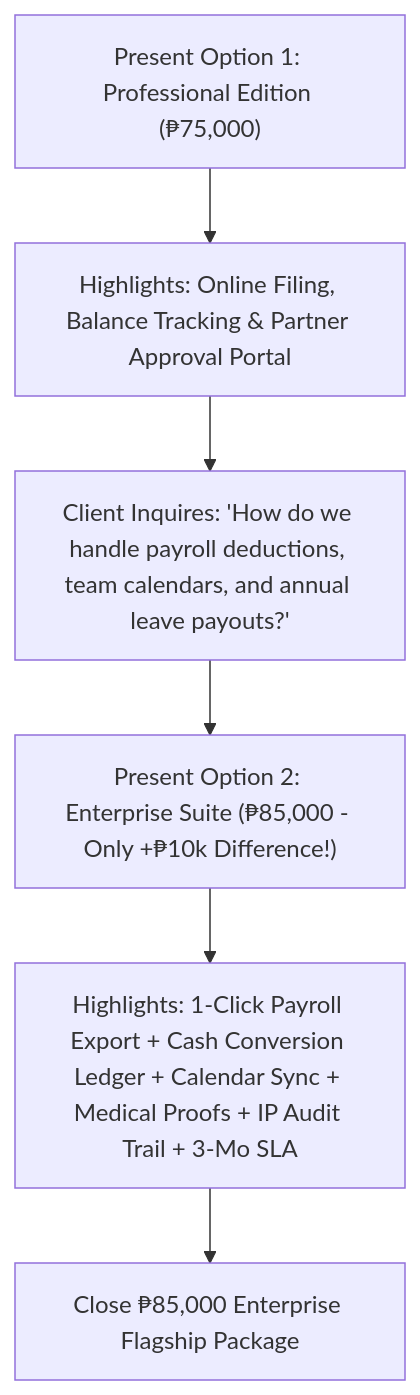
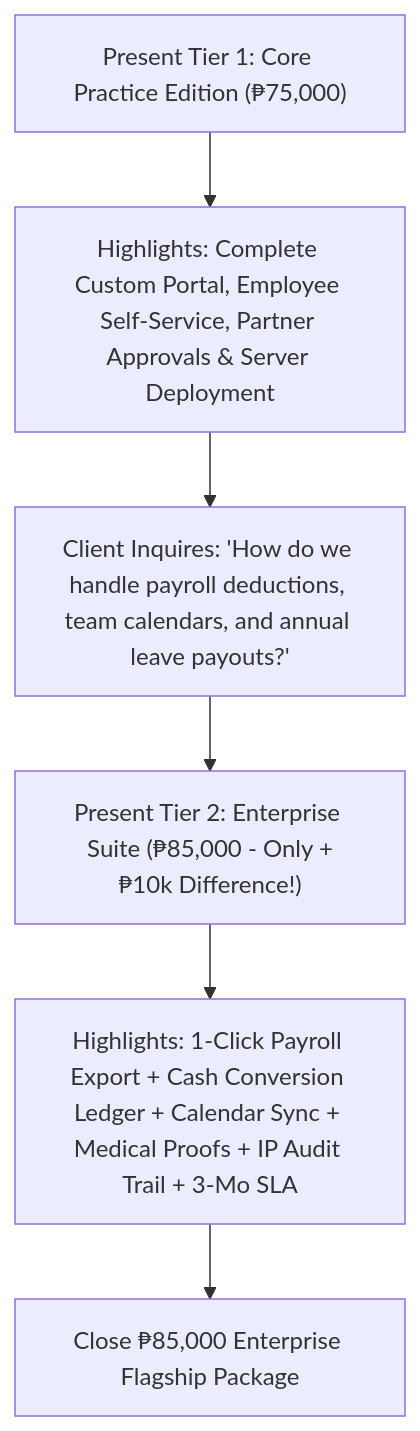
Before and after one commit to ggaaiiaaaaaa/leave-management: the diagram in PROPOSAL_TIERS.md, drawn with Mermaid. The commit also changed other lines of this file and 1 other file, not shown here.

Commit message:
Revise 75k and 85k packages with full custom software development deliverables

````diff
--- a/PROPOSAL_TIERS.md
+++ b/PROPOSAL_TIERS.md
@@ -96,8 +93,8 @@
 ```mermaid
 graph TD
-    A["Present Option 1: Professional Edition (₱75,000)"] --> B["Highlights: Online Filing, Balance Tracking & Partner Approval Portal"]
+    A["Present Tier 1: Core Practice Edition (₱75,000)"] --> B["Highlights: Complete Custom Portal, Employee Self-Service, Partner Approvals & Server Deployment"]
     B --> C["Client Inquires: 'How do we handle payroll deductions, team calendars, and annual leave payouts?'"]
-    C --> D["Present Option 2: Enterprise Suite (₱85,000 - Only +₱10k Difference!)"]
+    C --> D["Present Tier 2: Enterprise Suite (₱85,000 - Only +₱10k Difference!)"]
     D --> E["Highlights: 1-Click Payroll Export + Cash Conversion Ledger + Calendar Sync + Medical Proofs + IP Audit Trail + 3-Mo SLA"]
     E --> F["Close ₱85,000 Enterprise Flagship Package"]
 ```
````
